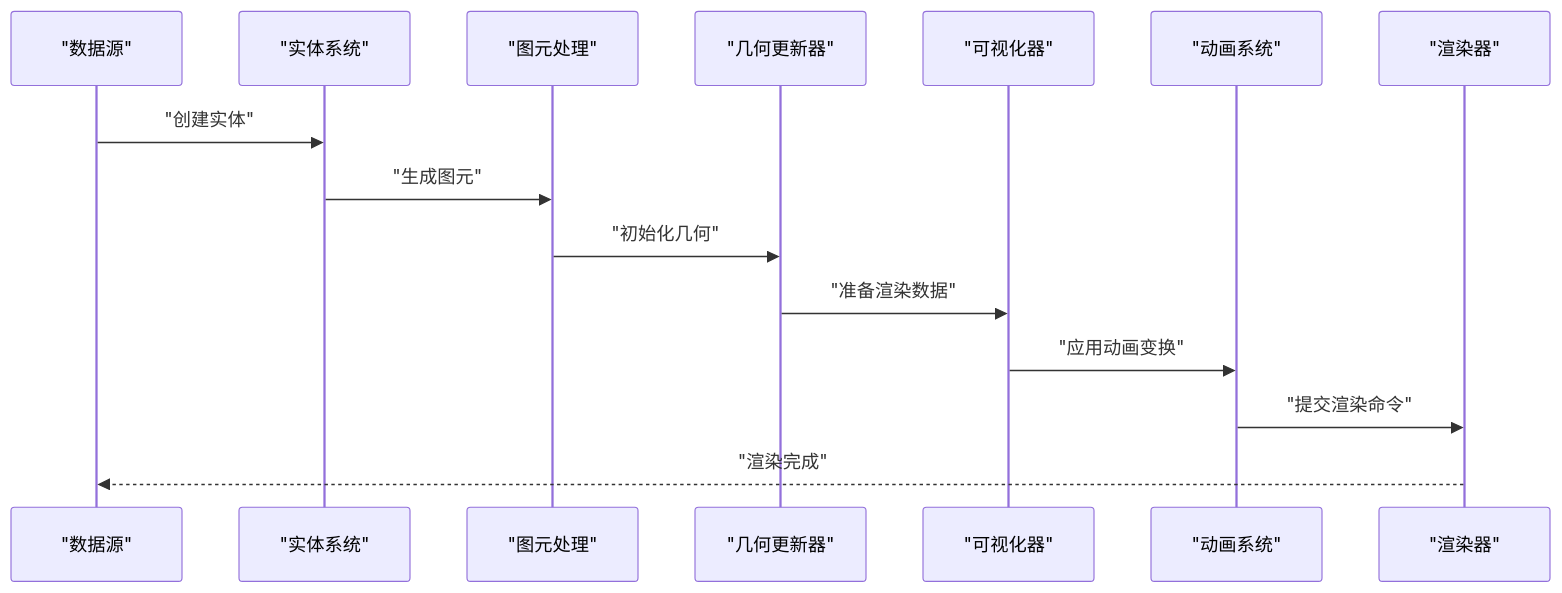
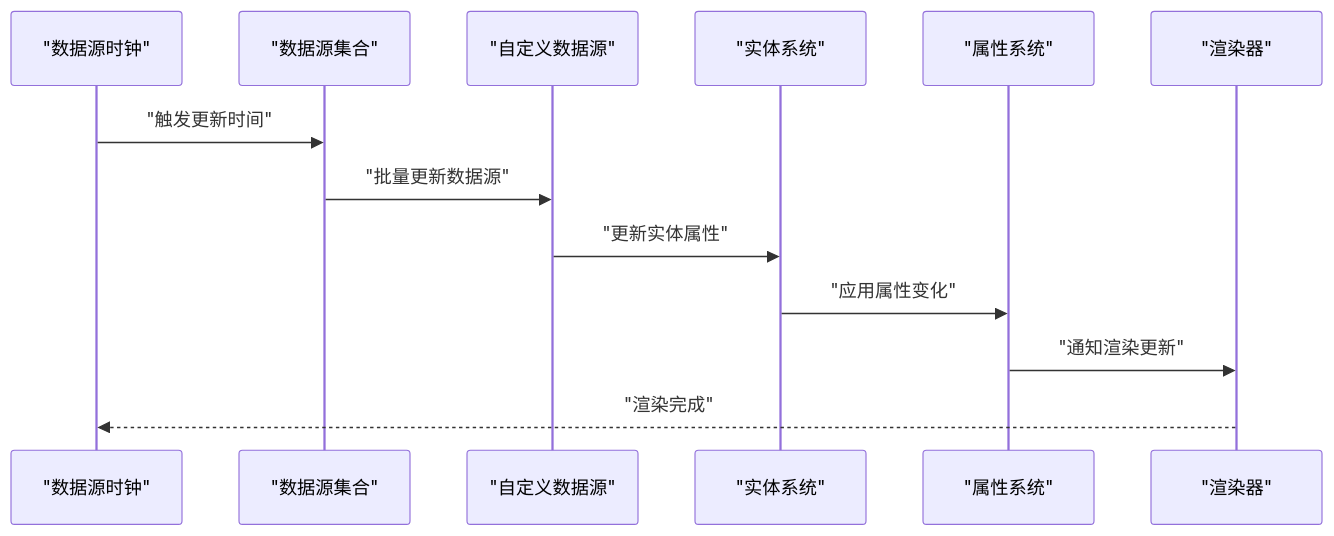
Before and after one commit to rzhangjing/cesium: the fifth of 6 diagrams in .qoder/repowiki/zh/content/项目概述/核心特性/地理空间数据处理/数据源框架.md, drawn with Mermaid. The commit also changed other lines of this file and 56 other files, not shown here.

````diff
--- a/.qoder/repowiki/zh/content/项目概述/核心特性/地理空间数据处理/数据源框架.md
+++ b/.qoder/repowiki/zh/content/项目概述/核心特性/地理空间数据处理/数据源框架.md
@@ -439,17 +538,15 @@
 ```mermaid
 sequenceDiagram
-participant Data as "数据源"
+participant Clock as "数据源时钟"
+participant Collection as "数据源集合"
+participant CustomDS as "自定义数据源"
 participant Entity as "实体系统"
-participant Primitive as "图元处理"
-participant Updater as "几何更新器"
-participant Visualizer as "可视化器"
-participant Animation as "动画系统"
+participant Property as "属性系统"
 participant Renderer as "渲染器"
-Data->>Entity : "创建实体"
-Entity->>Primitive : "生成图元"
-Primitive->>Updater : "初始化几何"
-Updater->>Visualizer : "准备渲染数据"
-Visualizer->>Animation : "应用动画变换"
-Animation->>Renderer : "提交渲染命令"
-Renderer-->>Data : "渲染完成"
+Clock->>Collection : "触发更新时间"
+Collection->>CustomDS : "批量更新数据源"
+CustomDS->>Entity : "更新实体属性"
+Entity->>Property : "应用属性变化"
+Property->>Renderer : "通知渲染更新"
+Renderer-->>Clock : "渲染完成"
 ```
````
